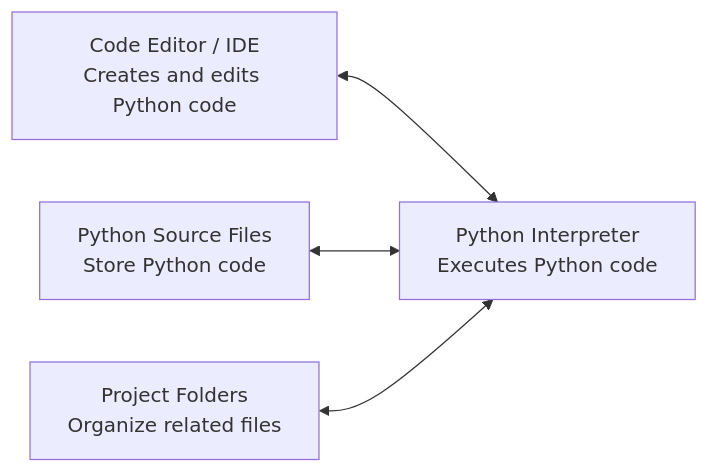
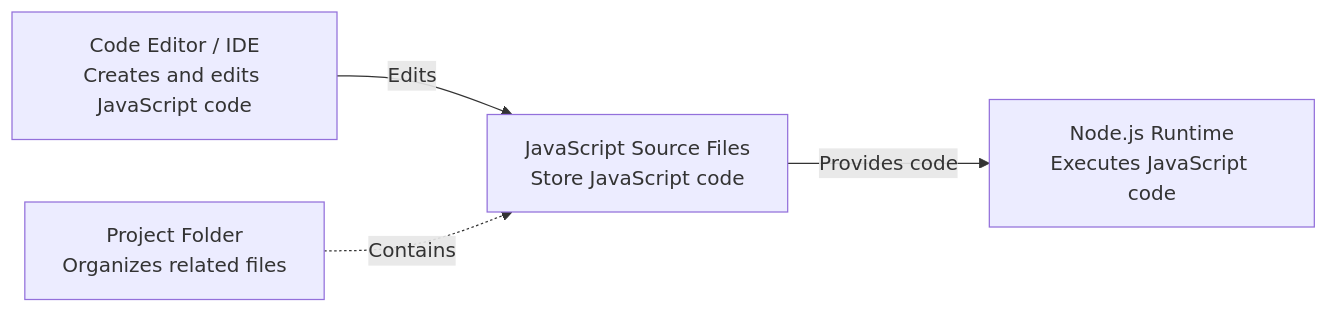
Before and after one commit to Rokiis1/Teaching-Materia: the second of 3 diagrams in docs/en/nodejs/environment/1_level/1_level_environment.md, drawn with Mermaid. The commit also changed other lines of this file and 14 other files, not shown here.

````diff
--- a/docs/en/nodejs/environment/1_level/1_level_environment.md
+++ b/docs/en/nodejs/environment/1_level/1_level_environment.md
@@ -56,11 +64,11 @@
 ```mermaid
 flowchart LR
-    EDITOR["Code Editor / IDE<br/>Creates and edits Python code"]
-    INTERPRETER["Python Interpreter<br/>Executes Python code"]
-    SOURCE["Python Source Files<br/>Store Python code"]
-    PROJECT["Project Folders<br/>Organize related files"]
+    EDITOR["Code Editor / IDE<br/>Creates and edits JavaScript code"]
+    SOURCE["JavaScript Source Files<br/>Store JavaScript code"]
+    RUNTIME["Node.js Runtime<br/>Executes JavaScript code"]
+    PROJECT["Project Folder<br/>Organizes related files"]
 
-    EDITOR <--> INTERPRETER
-    SOURCE <--> INTERPRETER
-    PROJECT <--> INTERPRETER
+    EDITOR -->|"Edits"| SOURCE
+    SOURCE -->|"Provides code"| RUNTIME
+    PROJECT -.->|"Contains"| SOURCE
 ```
````
